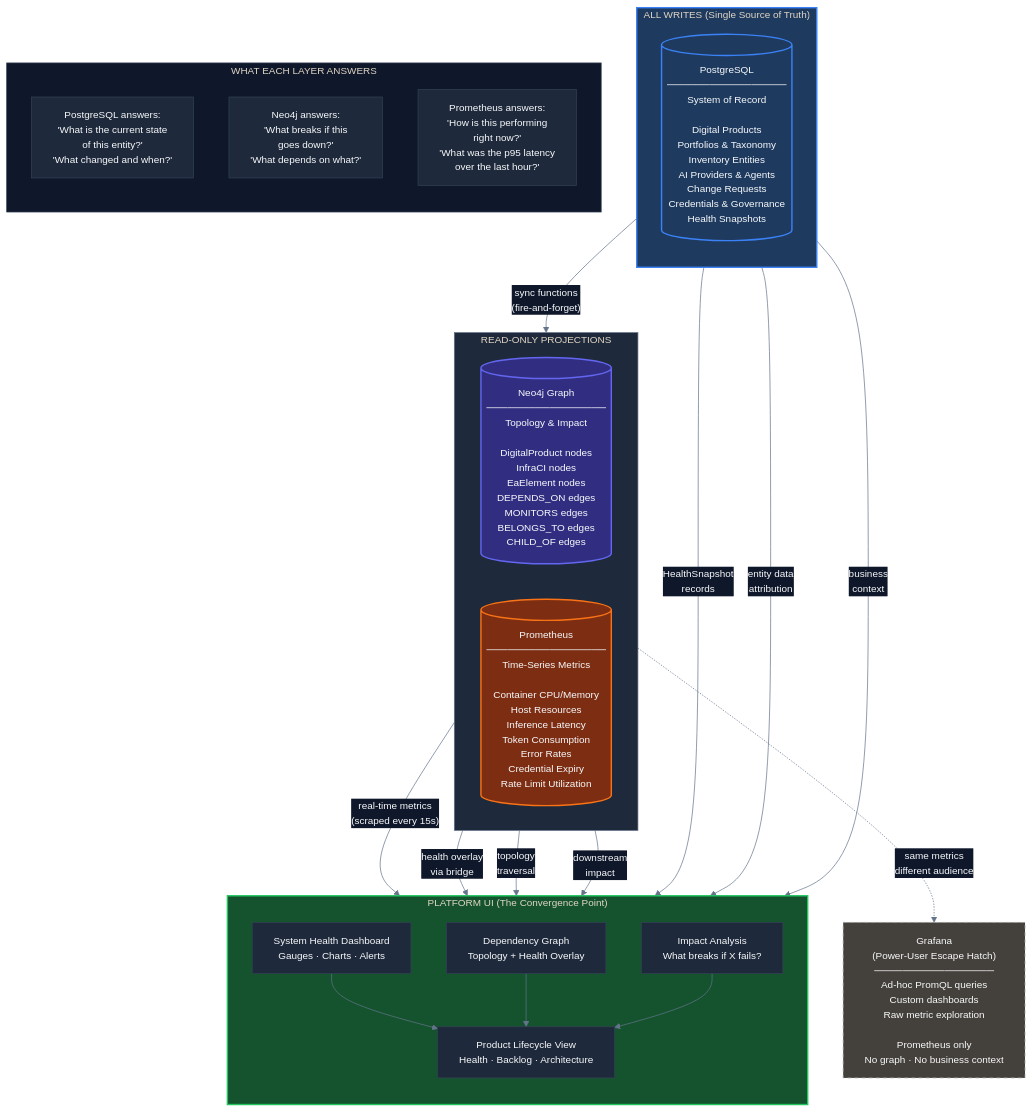
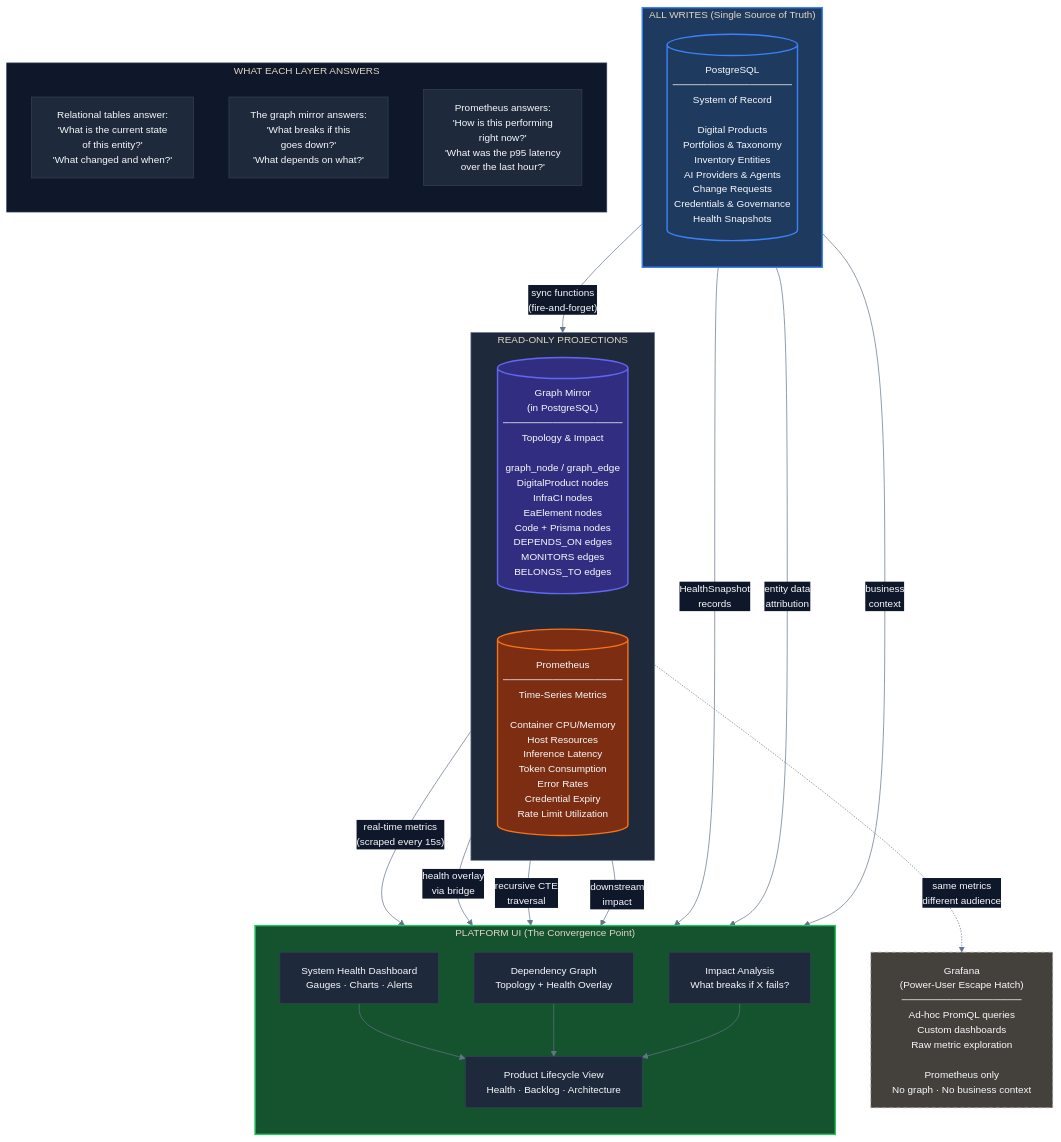
Before and after one commit to OpenDigitalProductFactory/opendigitalproductfactory: the fourth of 7 diagrams in docs/architecture/platform-overview.md, drawn with Mermaid. The commit also changed other lines of this file and 14 other files, not shown here.

````diff
--- a/docs/architecture/platform-overview.md
+++ b/docs/architecture/platform-overview.md
@@ -256,58 +271,58 @@
 ```mermaid
 %%{init: {'theme': 'base', 'themeVariables': { 'primaryColor': '#1e293b', 'primaryTextColor': '#f8fafc', 'primaryBorderColor': '#334155', 'lineColor': '#64748b', 'secondaryColor': '#0f172a', 'tertiaryColor': '#1e293b', 'fontSize': '14px' }}}%%
 flowchart TB
     subgraph WRITES["ALL WRITES (Single Source of Truth)"]
         direction TB
         postgres[("PostgreSQL\n─────────────────\nSystem of Record\n\nDigital Products\nPortfolios & Taxonomy\nInventory Entities\nAI Providers & Agents\nChange Requests\nCredentials & Governance\nHealth Snapshots")]
     end
 
     subgraph PROJECTIONS["READ-ONLY PROJECTIONS"]
         direction LR
-        neo4j[("Neo4j Graph\n─────────────────\nTopology & Impact\n\nDigitalProduct nodes\nInfraCI nodes\nEaElement nodes\nDEPENDS_ON edges\nMONITORS edges\nBELONGS_TO edges\nCHILD_OF edges")]
+        graphmirror[("Graph Mirror\n(in PostgreSQL)\n─────────────────\nTopology & Impact\n\ngraph_node / graph_edge\nDigitalProduct nodes\nInfraCI nodes\nEaElement nodes\nCode + Prisma nodes\nDEPENDS_ON edges\nMONITORS edges\nBELONGS_TO edges")]
         prometheus[("Prometheus\n─────────────────\nTime-Series Metrics\n\nContainer CPU/Memory\nHost Resources\nInference Latency\nToken Consumption\nError Rates\nCredential Expiry\nRate Limit Utilization")]
     end
 
     subgraph QUESTIONS["WHAT EACH LAYER ANSWERS"]
         direction TB
-        q_pg["PostgreSQL answers:\n'What is the current state\nof this entity?'\n'What changed and when?'"]
-        q_neo["Neo4j answers:\n'What breaks if this\ngoes down?'\n'What depends on what?'"]
+        q_pg["Relational tables answer:\n'What is the current state\nof this entity?'\n'What changed and when?'"]
+        q_neo["The graph mirror answers:\n'What breaks if this\ngoes down?'\n'What depends on what?'"]
         q_prom["Prometheus answers:\n'How is this performing\nright now?'\n'What was the p95 latency\nover the last hour?'"]
     end
 
     subgraph CONVERGENCE["PLATFORM UI (The Convergence Point)"]
         direction TB
         health["System Health Dashboard\nGauges · Charts · Alerts"]
         graph_view["Dependency Graph\nTopology + Health Overlay"]
         impact["Impact Analysis\nWhat breaks if X fails?"]
         product["Product Lifecycle View\nHealth · Backlog · Architecture"]
     end
 
     grafana["Grafana\n(Power-User Escape Hatch)\n─────────────────\nAd-hoc PromQL queries\nCustom dashboards\nRaw metric exploration\n\nPrometheus only\nNo graph · No business context"]
 
-    postgres -->|"sync functions\n(fire-and-forget)"| neo4j
+    postgres -->|"sync functions\n(fire-and-forget)"| graphmirror
     postgres -->|"HealthSnapshot\nrecords"| health
 
     prometheus -->|"real-time metrics\n(scraped every 15s)"| health
     prometheus -->|"health overlay\nvia bridge"| graph_view
 
-    neo4j -->|"topology\ntraversal"| graph_view
-    neo4j -->|"downstream\nimpact"| impact
+    graphmirror -->|"recursive CTE\ntraversal"| graph_view
+    graphmirror -->|"downstream\nimpact"| impact
 
     postgres -->|"entity data\nattribution"| graph_view
     postgres -->|"business\ncontext"| product
 
     health --> product
     graph_view --> product
     impact --> product
 
     prometheus -.->|"same metrics\ndifferent audience"| grafana
 
     style WRITES fill:#1e3a5f,stroke:#3b82f6,stroke-width:2px
     style PROJECTIONS fill:#1e293b,stroke:#64748b,stroke-width:1px
     style CONVERGENCE fill:#14532d,stroke:#22c55e,stroke-width:2px
     style QUESTIONS fill:#0f172a,stroke:#334155,stroke-width:1px
     style grafana fill:#44403c,stroke:#a8a29e,stroke-width:1px,stroke-dasharray: 5 5
     style postgres fill:#1e3a5f,stroke:#3b82f6,stroke-width:2px
-    style neo4j fill:#312e81,stroke:#6366f1,stroke-width:2px
+    style graphmirror fill:#312e81,stroke:#6366f1,stroke-width:2px
     style prometheus fill:#7c2d12,stroke:#f97316,stroke-width:2px
 ```
````
